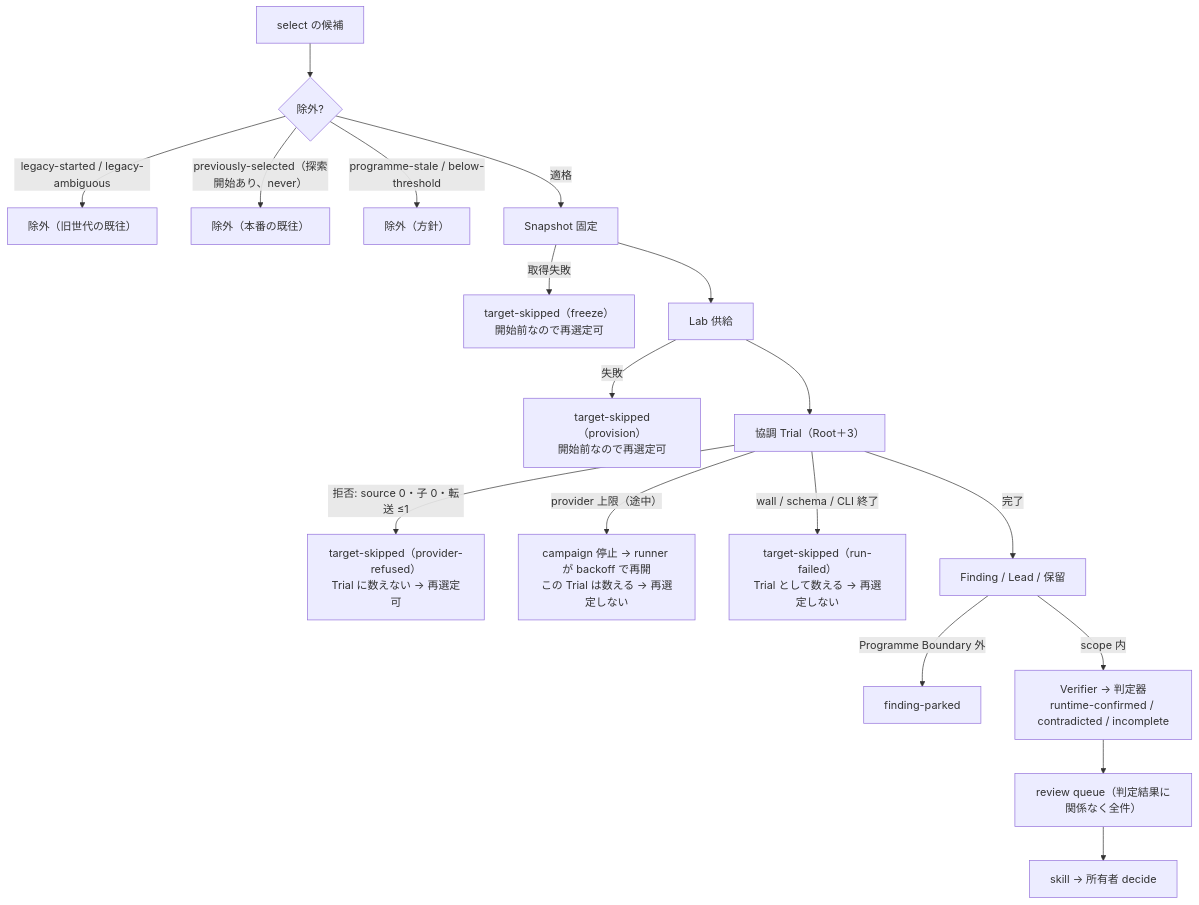
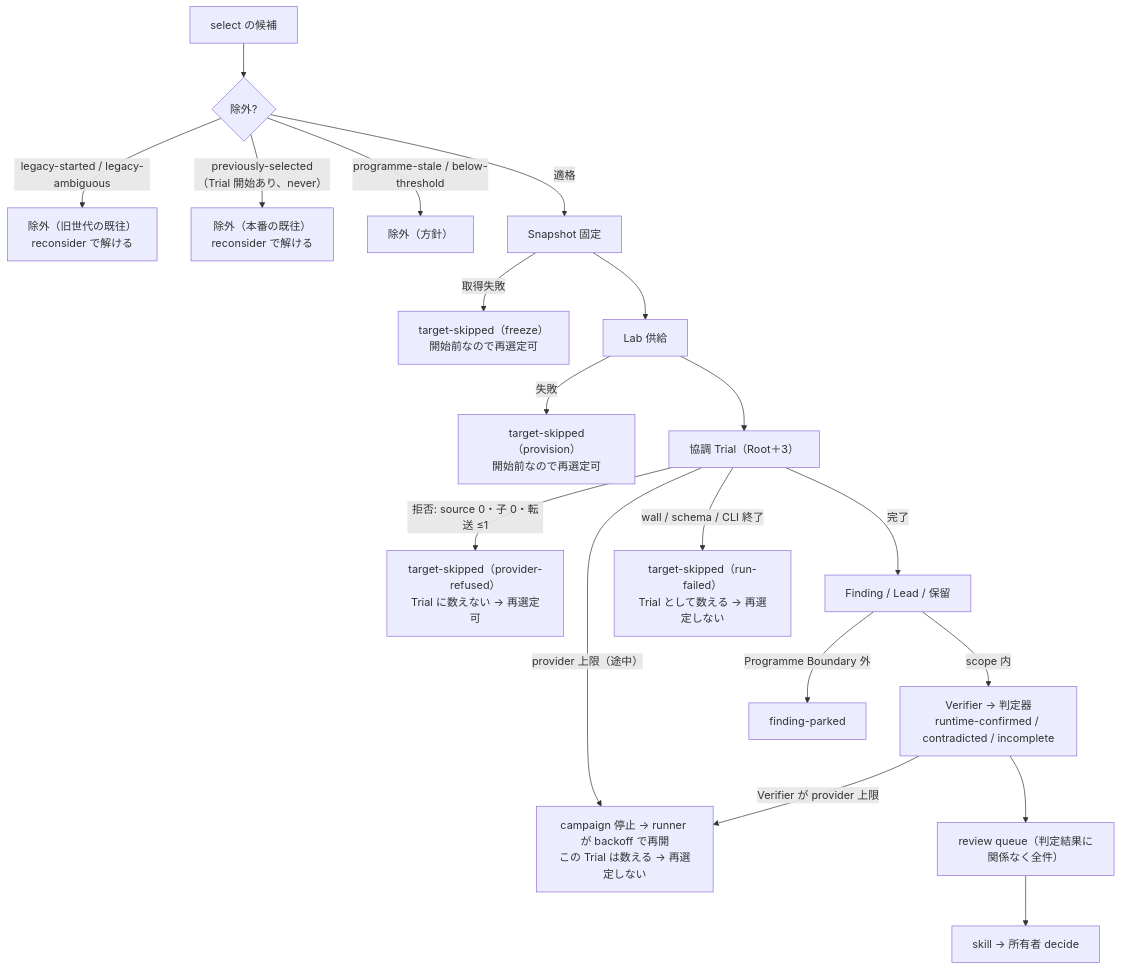
One commit to momoponwork1415-lgtm/wordpress-bounty-harness changed the third of 4 diagrams in docs/reviews/2026-10-14-final-design.md. Above: the diagram before and after it, drawn with Mermaid. The commit also changed other lines of this file, not shown here.

````diff
--- a/docs/reviews/2026-10-14-final-design.md
+++ b/docs/reviews/2026-10-14-final-design.md
@@ -155,20 +172,21 @@
 ```mermaid
 flowchart TD
   S["select の候補"] --> E{"除外?"}
-  E -- "legacy-started / legacy-ambiguous" --> X1["除外（旧世代の既往）"]
-  E -- "previously-selected（探索開始あり、never）" --> X2["除外（本番の既往）"]
+  E -- "legacy-started / legacy-ambiguous" --> X1["除外（旧世代の既往）<br/>reconsider で解ける"]
+  E -- "previously-selected（Trial 開始あり、never）" --> X2["除外（本番の既往）<br/>reconsider で解ける"]
   E -- "programme-stale / below-threshold" --> X3["除外（方針）"]
   E -- "適格" --> F["Snapshot 固定"]
   F -- "取得失敗" --> SK1["target-skipped（freeze）<br/>開始前なので再選定可"]
   F --> L["Lab 供給"]
   L -- "失敗" --> SK2["target-skipped（provision）<br/>開始前なので再選定可"]
   L --> T["協調 Trial（Root＋3）"]
   T -- "拒否: source 0・子 0・転送 ≤1" --> SK3["target-skipped（provider-refused）<br/>Trial に数えない → 再選定可"]
   T -- "provider 上限（途中）" --> PL["campaign 停止 → runner が backoff で再開<br/>この Trial は数える → 再選定しない"]
   T -- "wall / schema / CLI 終了" --> SK4["target-skipped（run-failed）<br/>Trial として数える → 再選定しない"]
   T -- "完了" --> R["Finding / Lead / 保留"]
   R -- "Programme Boundary 外" --> PK["finding-parked"]
   R -- "scope 内" --> V["Verifier → 判定器<br/>runtime-confirmed / contradicted / incomplete"]
+  V -- "Verifier が provider 上限" --> PL
   V --> Q["review queue（判定結果に関係なく全件）"]
   Q --> H["skill → 所有者 decide"]
 ```
````
